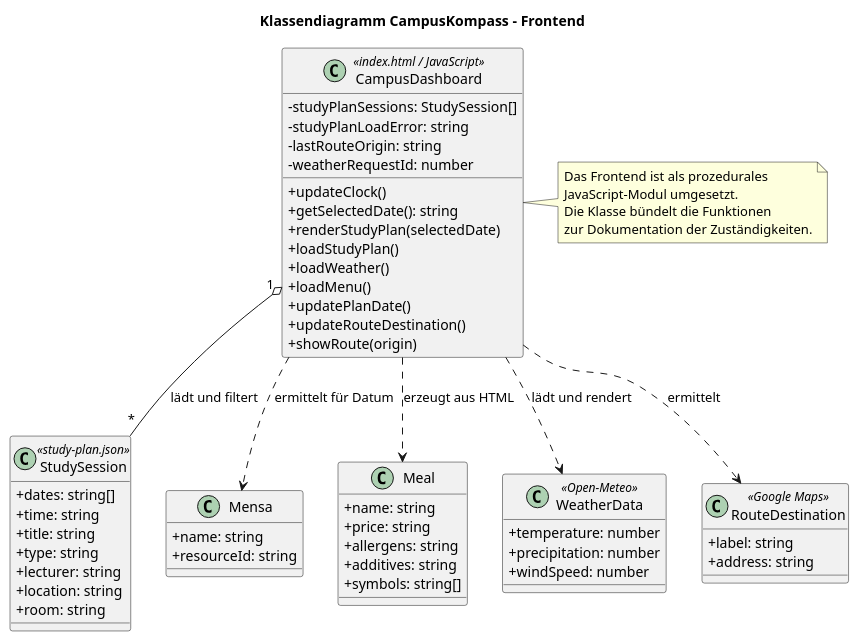
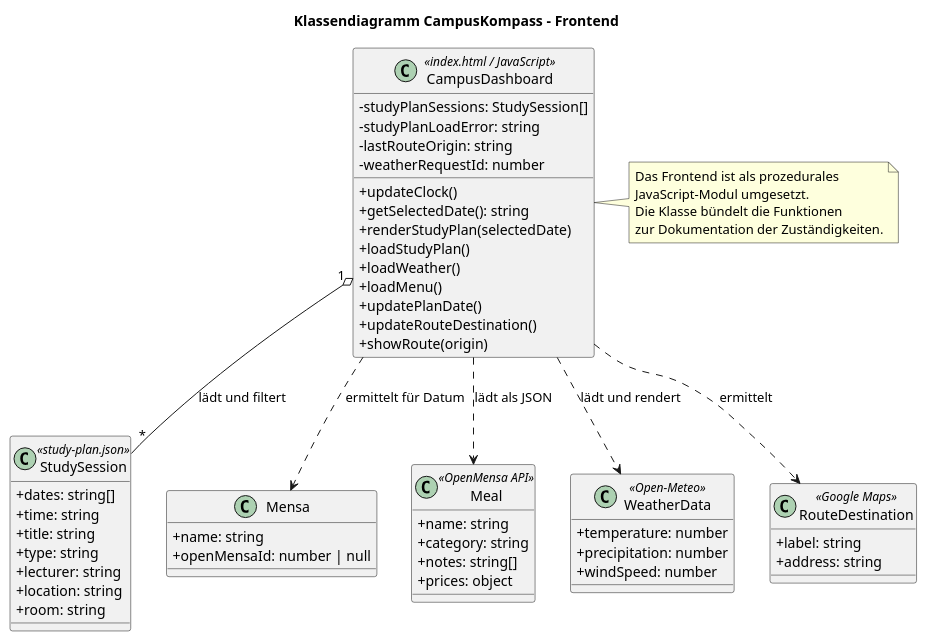
Before and after one commit to hsm-se-workshop-2026/campuskompass: the diagram in modellierung/klassendiagramm_frontend.puml, drawn with PlantUML. The commit also changed 12 other files, not shown here.

First line of the commit message:
feat: load canteen menus from OpenMensa

```diff
--- a/modellierung/klassendiagramm_frontend.puml
+++ b/modellierung/klassendiagramm_frontend.puml
@@ -1,69 +1,68 @@
 @startuml
 title Klassendiagramm CampusKompass – Frontend
 
 skinparam classAttributeIconSize 0
 skinparam shadowing false
 
 class CampusDashboard <<index.html / JavaScript>> {
   -studyPlanSessions: StudySession[]
   -studyPlanLoadError: string
   -lastRouteOrigin: string
   -weatherRequestId: number
   +updateClock()
   +getSelectedDate(): string
   +renderStudyPlan(selectedDate)
   +loadStudyPlan()
   +loadWeather()
   +loadMenu()
   +updatePlanDate()
   +updateRouteDestination()
   +showRoute(origin)
 }
 
 class StudySession <<study-plan.json>> {
   +dates: string[]
   +time: string
   +title: string
   +type: string
   +lecturer: string
   +location: string
   +room: string
 }
 
 class Mensa {
   +name: string
-  +resourceId: string
+  +openMensaId: number | null
 }
 
-class Meal {
+class Meal <<OpenMensa API>> {
   +name: string
-  +price: string
-  +allergens: string
-  +additives: string
-  +symbols: string[]
+  +category: string
+  +notes: string[]
+  +prices: object
 }
 
 class WeatherData <<Open-Meteo>> {
   +temperature: number
   +precipitation: number
   +windSpeed: number
 }
 
 class RouteDestination <<Google Maps>> {
   +label: string
   +address: string
 }
 
 CampusDashboard "1" o-- "*" StudySession : lädt und filtert
 CampusDashboard ..> Mensa : ermittelt für Datum
-CampusDashboard ..> Meal : erzeugt aus HTML
+CampusDashboard ..> Meal : lädt als JSON
 CampusDashboard ..> WeatherData : lädt und rendert
 CampusDashboard ..> RouteDestination : ermittelt
 
 note right of CampusDashboard
   Das Frontend ist als prozedurales
   JavaScript-Modul umgesetzt.
   Die Klasse bündelt die Funktionen
   zur Dokumentation der Zuständigkeiten.
 end note
 @enduml
```
